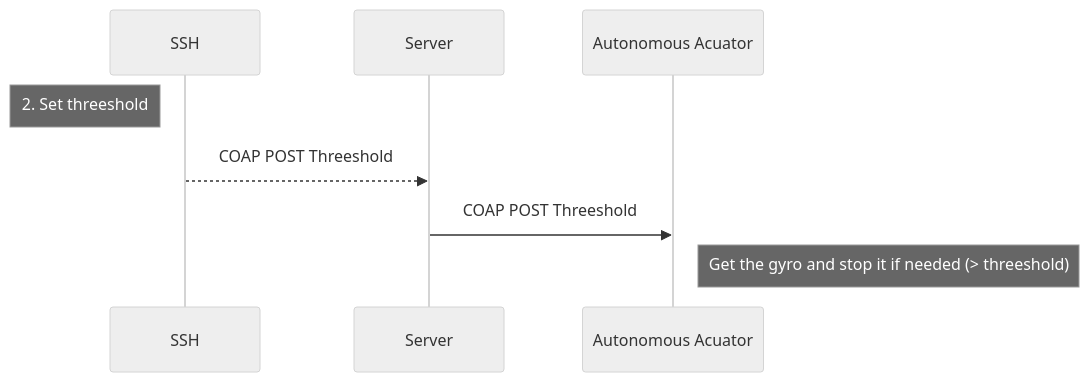
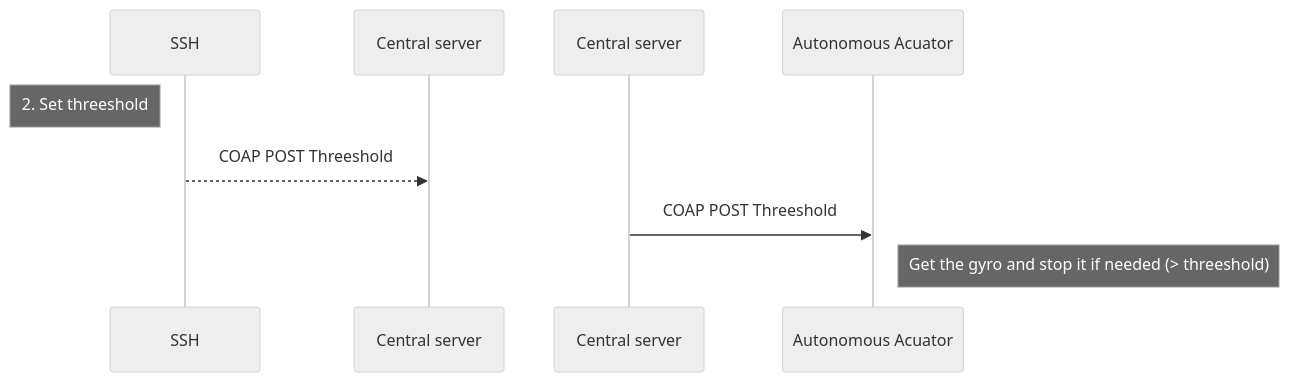
Before and after one commit to Its-Just-Nans/rio201: the diagram in report/img/threshold.mmd, drawn with Mermaid (neutral theme). The commit also changed 5 other files, not shown here.

```diff
--- a/report/img/threshold.mmd
+++ b/report/img/threshold.mmd
@@ -1,5 +1,5 @@
 sequenceDiagram
     Note left of SSH: 2. Set threeshold
-    SSH -->> Server: COAP POST Threeshold
-    Server ->> Autonomous Acuator: COAP POST Threeshold
+    SSH -->> Central server: COAP POST Threeshold
+    Central  server ->> Autonomous Acuator: COAP POST Threeshold
     Note right of Autonomous Acuator: Get the gyro and stop it if needed (> threeshold)
```
